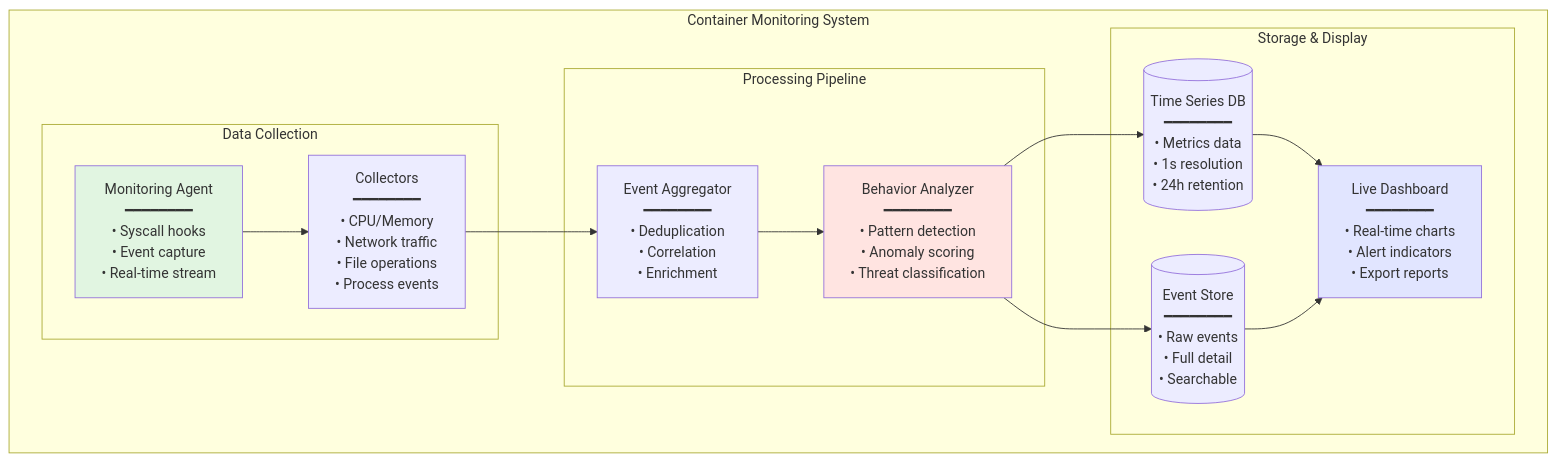
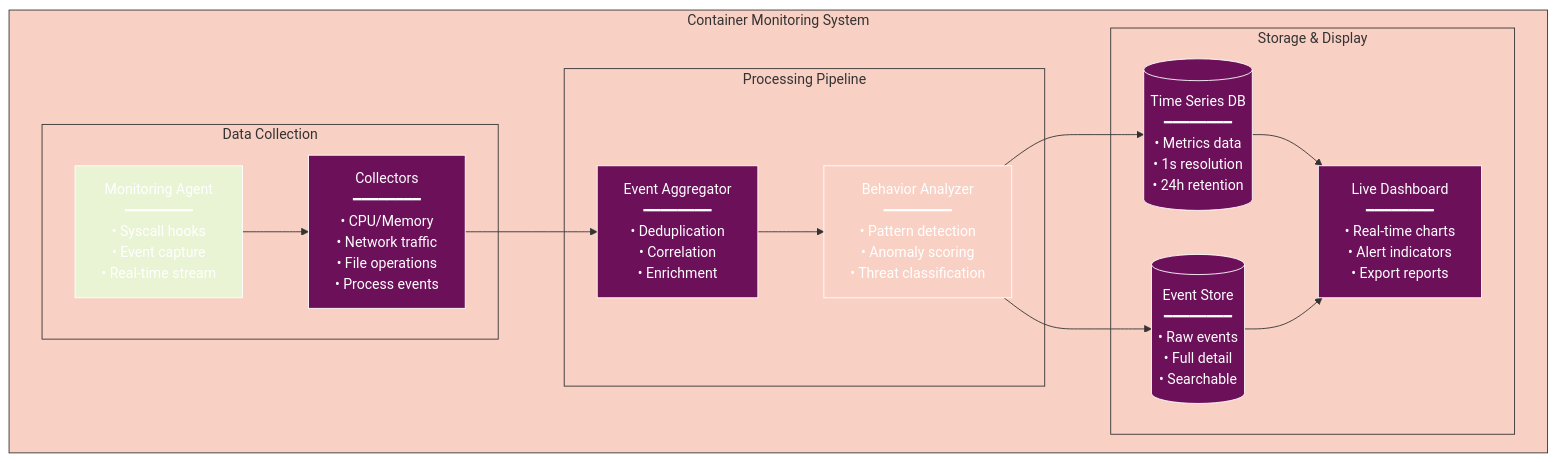
One commit to radicalkjax/Athena changed the tenth of 16 diagrams in docs/USER_GUIDE.md. Above: the diagram before and after it, drawn with Mermaid. The commit also changed other lines of this file and 27 other files, not shown here.

Commit message:
Introduction of expo package manager. Updated docs to reflect changes. Unified mermaid theme for docs.

````diff
--- a/docs/USER_GUIDE.md
+++ b/docs/USER_GUIDE.md
@@ -885,38 +1027,59 @@
 ```mermaid
+%%{init: {
+  'theme': 'base',
+  'themeVariables': {
+    'primaryColor': '#6d105a',
+    'primaryTextColor': '#ffffff',
+    'primaryBorderColor': '#ffffff',
+    'lineColor': '#333333',
+    'secondaryColor': '#e8f4d4',
+    'secondaryTextColor': '#333333',
+    'secondaryBorderColor': '#333333',
+    'tertiaryColor': '#f9d0c4',
+    'tertiaryTextColor': '#333333',
+    'tertiaryBorderColor': '#333333',
+    'background': '#ffffff',
+    'mainBkg': '#6d105a',
+    'secondBkg': '#e8f4d4',
+    'tertiaryBkg': '#f9d0c4',
+    'textColor': '#333333',
+    'fontFamily': 'Arial, sans-serif'
+  }
+}}%%
 graph TB
     subgraph "Container Monitoring System"
         subgraph "Data Collection"
             Agent[Monitoring Agent<br/>━━━━━━━━<br/>• Syscall hooks<br/>• Event capture<br/>• Real-time stream]
             
             Collectors[Collectors<br/>━━━━━━━━<br/>• CPU/Memory<br/>• Network traffic<br/>• File operations<br/>• Process events]
         end
         
         subgraph "Processing Pipeline"
             Aggregator[Event Aggregator<br/>━━━━━━━━<br/>• Deduplication<br/>• Correlation<br/>• Enrichment]
             
             Analyzer[Behavior Analyzer<br/>━━━━━━━━<br/>• Pattern detection<br/>• Anomaly scoring<br/>• Threat classification]
         end
         
         subgraph "Storage & Display"
             TimeSeries[(Time Series DB<br/>━━━━━━━━<br/>• Metrics data<br/>• 1s resolution<br/>• 24h retention)]
             
             EventStore[(Event Store<br/>━━━━━━━━<br/>• Raw events<br/>• Full detail<br/>• Searchable)]
             
             Dashboard[Live Dashboard<br/>━━━━━━━━<br/>• Real-time charts<br/>• Alert indicators<br/>• Export reports]
         end
     end
     
     Agent --> Collectors
     Collectors --> Aggregator
     Aggregator --> Analyzer
     
     Analyzer --> TimeSeries
     Analyzer --> EventStore
     
     TimeSeries --> Dashboard
     EventStore --> Dashboard
     
-    style Agent fill:#e1f5e1
-    style Analyzer fill:#ffe4e1
-    style Dashboard fill:#e1e5ff
+    style Agent fill:#e8f4d4
+    style Analyzer fill:#f9d0c4
+    style Dashboard fill:#6d105a
 ```
````
